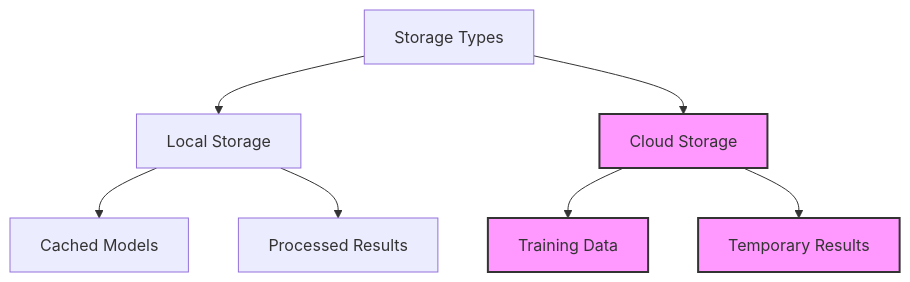
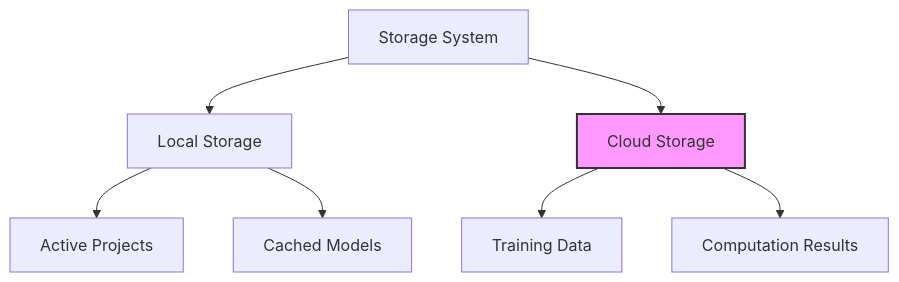
One commit to frontierbio-tech/frontierbio-tech.github.io changed the sixth of 6 diagrams in test2.md. Above: the diagram before and after it, drawn with Mermaid. The commit also changed other lines of this file, not shown here.

````diff
--- a/test2.md
+++ b/test2.md
@@ -196,15 +236,13 @@
 ```mermaid
 graph TB
-    A[Storage Types] --> B[Local Storage]
+    A[Storage System] --> B[Local Storage]
     A --> C[Cloud Storage]
     
-    B --> B1[Cached Models]
-    B --> B2[Processed Results]
+    B --> B1[Active Projects]
+    B --> B2[Cached Models]
     
     C --> C1[Training Data]
-    C --> C2[Temporary Results]
+    C --> C2[Computation Results]
     
     style C fill:#f9f,stroke:#333,stroke-width:2px
-    style C1 fill:#f9f,stroke:#333,stroke-width:2px
-    style C2 fill:#f9f,stroke:#333,stroke-width:2px
 ```
````
